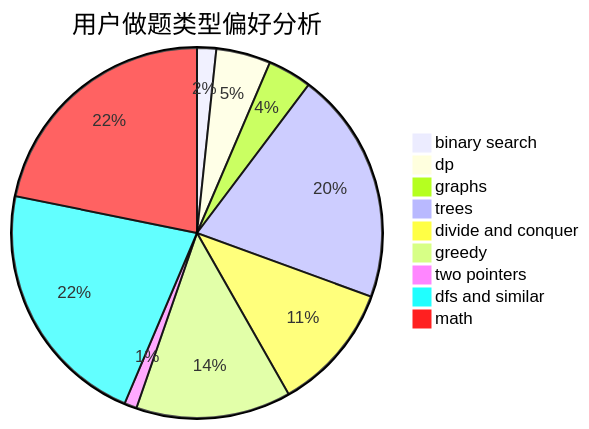
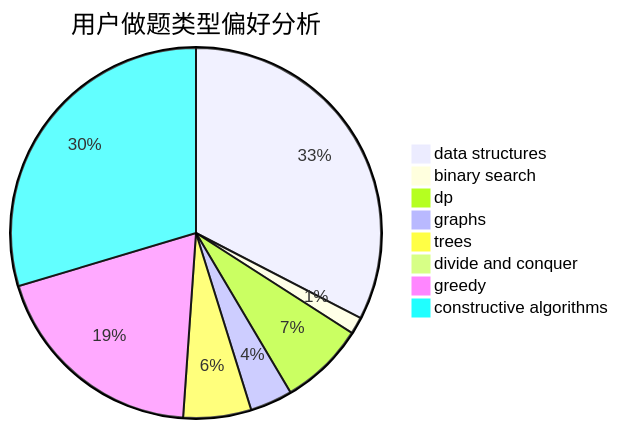
Before and after one commit to sherpahu/cfrs.github.io: the second of 3 diagrams in docs/user/u1749.md, drawn with Mermaid. The commit also changed other lines of this file and 2775 other files, not shown here.

````diff
--- a/docs/user/u1749.md
+++ b/docs/user/u1749.md
@@ -23,12 +23,11 @@
 ```mermaid
 pie title 用户做题类型偏好分析
-    "binary search" :  20
-    "dp" :  57
-    "graphs" :  46
-    "trees" :  243
-    "divide and conquer" :  134
-    "greedy" :  162
-    "two pointers" :  13
-    "dfs and similar" :  261
-    "math" :  261
+    "data structures" :  44
+    "binary search" :  2
+    "dp" :  10
+    "graphs" :  5
+    "trees" :  8
+    "divide and conquer" :  0
+    "greedy" :  26
+    "constructive algorithms" :  40
 ```
````
